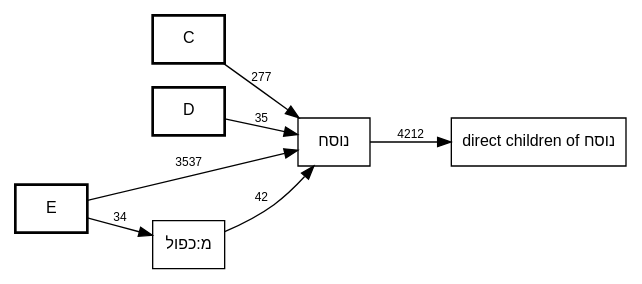
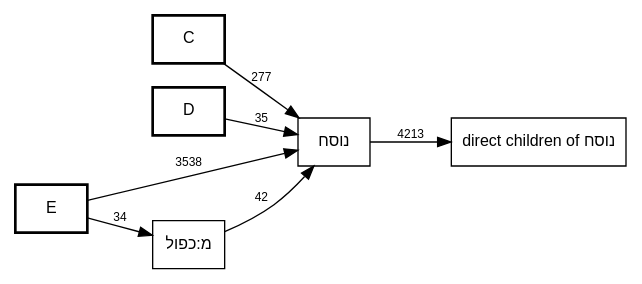
The diagram in out/MAM-tmpl-survey/plain-nusach-call-graph.dot (bdenckla/MAM-basics), drawn with Graphviz before and after one commit. The commit also changed 8 other files, not shown here.

```diff
--- a/out/MAM-tmpl-survey/plain-nusach-call-graph.dot
+++ b/out/MAM-tmpl-survey/plain-nusach-call-graph.dot
@@ -1,68 +1,68 @@
 digraph template_call_graph {
     rankdir=LR;
     node [fontname="SBL Hebrew,Helvetica", fontsize=12];
     edge [fontname="Helvetica", fontsize=9];
 
     // Column nodes
     node [shape=box, style=bold];
     "C";
     "D";
     "E";
 
     // Template nodes
     node [shape=box, style=""];
     "direct children of נוסח" [tooltip="גלגל-2
 כו\"ק
 כתיב ולא קרי
 מ:אות מנוקדת
 מ:אות-ג
 מ:אות-ק
 מ:אין פרשה בתחילת פרק
 מ:אין פרשה בתחילת פרק בספרי אמ\"ת
 מ:גרש ותלישא גדולה
 מ:גרשיים ותלישא גדולה
 מ:דחי
 מ:טעם ומתג באות אחת
 מ:ירושלם
 מ:כו\"ק בין שני מקפים
 מ:כו\"ק כתיב מילה חדה וקרי תרתין מילין
 מ:כו\"ק כתיב מילה חדה וקרי תרתין מילין בין שני מקפים
 מ:כו\"ק כתיב תרתין מילין וקרי מילה חדה
 מ:כו\"ק קרי שונה מהכתיב בשתי מילים
 מ:כו\"ק של שלוש מילים בהערה אחת
 מ:כו\"ק של שתי מילים בהערה אחת
 מ:לגרמיה-2
 מ:מקף אפור
 מ:נו\"ן הפוכה
 מ:סיום בטוב
 מ:פסוק
 מ:פסק
 מ:צינור
 מ:קו\"כ כתיב מילה חדה וקרי תרתין מילין
 מ:קו\"כ קרי שונה מהכתיב בשתי מילים
 מ:קישור בהערה
 מ:קישור פנימי בהערה
 מ:קמץ
 מודגש
 סס
 ססס
 פפ
 פפפ
 קו\"כ
 קו\"כ-אם
 קרי ולא כתיב
 ר0
 ר1
 ר3
 ר4
 ש
 שני טעמים באות אחת קמץ-תחתון-פתח-עליון"];
 
     // Edges
     "C" -> "נוסח" [label="277"];
     "D" -> "נוסח" [label="35"];
     "E" -> "מ:כפול" [label="34"];
-    "E" -> "נוסח" [label="3537"];
+    "E" -> "נוסח" [label="3538"];
     "מ:כפול" -> "נוסח" [label="42"];
-    "נוסח" -> "direct children of נוסח" [label="4212"];
+    "נוסח" -> "direct children of נוסח" [label="4213"];
 }
```
